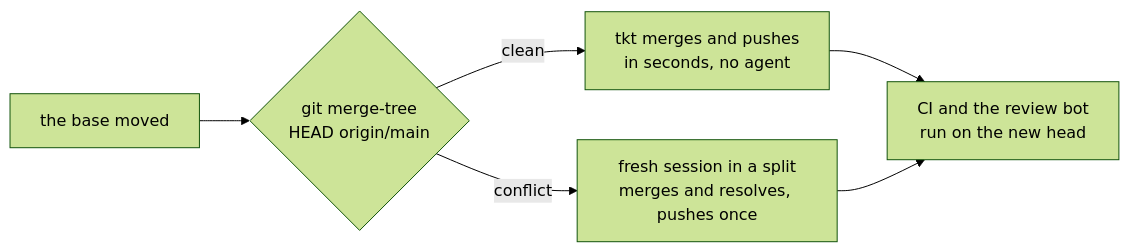
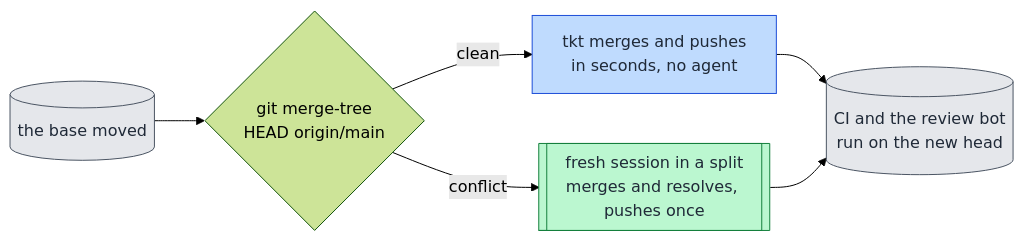
Before and after one commit to rogsme/tkt: the eighth of 9 diagrams in docs/lifecycle.md, drawn with Mermaid (forest theme). The commit also changed other lines of this file and 4 other files, not shown here.

First line of the commit message:
Open the README with diagrams of how a ticket moves

````diff
--- a/docs/lifecycle.md
+++ b/docs/lifecycle.md
@@ -412,8 +468,16 @@
 ```mermaid
 flowchart LR
-  moved["the base moved"] --> probe{"git merge-tree<br/>HEAD origin/main"}
+  moved[("the base moved")] --> probe{"git merge-tree<br/>HEAD origin/main"}
   probe -->|clean| merge["tkt merges and pushes<br/>in seconds, no agent"]
-  probe -->|conflict| agent["fresh session in a split<br/>merges and resolves, pushes once"]
-  merge --> next["CI and the review bot<br/>run on the new head"]
+  probe -->|conflict| agent[["fresh session in a split<br/>merges and resolves, pushes once"]]
+  merge --> next[("CI and the review bot<br/>run on the new head")]
   agent --> next
+
+  classDef you fill:#fde68a,stroke:#b45309,color:#1f2937
+  classDef tkt fill:#bfdbfe,stroke:#1d4ed8,color:#1f2937
+  classDef skill fill:#bbf7d0,stroke:#15803d,color:#1f2937
+  classDef ext fill:#e5e7eb,stroke:#4b5563,color:#1f2937
+  class merge tkt
+  class agent skill
+  class moved,next ext
 ```
````
